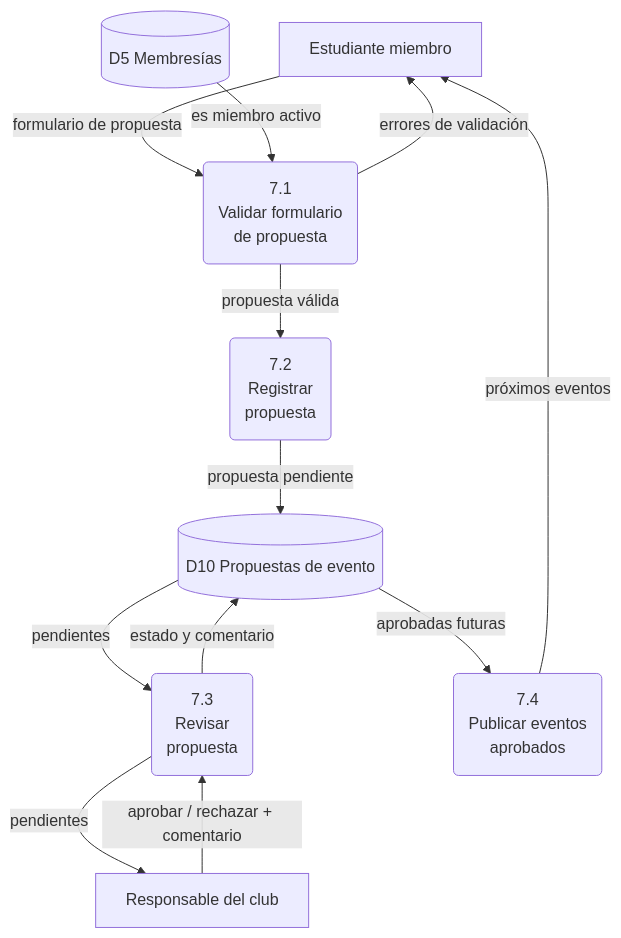
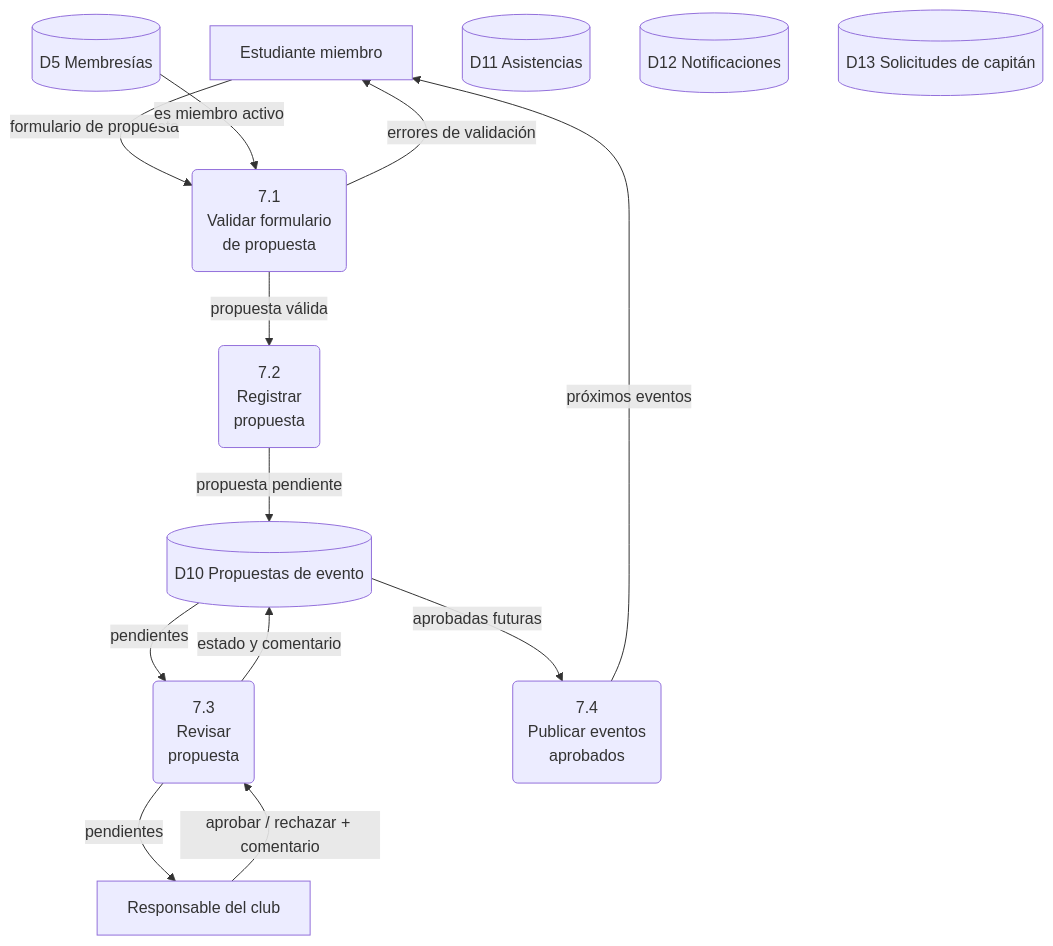
Before and after one commit to Lis-carl/Vortex_club-s: the fifth of 6 diagrams in docs/03_analisis_procesos.md, drawn with Mermaid. The commit also changed other lines of this file and 42 other files, not shown here.

````diff
--- a/docs/03_analisis_procesos.md
+++ b/docs/03_analisis_procesos.md
@@ -199,24 +218,27 @@
 ```mermaid
 flowchart TB
     EST[Estudiante miembro]
     RES[Responsable del club]
     D5[("D5 Membresías")]
     D10[("D10 Propuestas de evento")]
+    D11[("D11 Asistencias")]
+    D12[("D12 Notificaciones")]
+    D13[("D13 Solicitudes de capitán")]
 
     P71("7.1<br/>Validar formulario<br/>de propuesta")
     P72("7.2<br/>Registrar<br/>propuesta")
     P73("7.3<br/>Revisar<br/>propuesta")
     P74("7.4<br/>Publicar eventos<br/>aprobados")
 
     EST -- "formulario de propuesta" --> P71
     D5 -- "es miembro activo" --> P71
     P71 -- "errores de validación" --> EST
     P71 -- "propuesta válida" --> P72
     P72 -- "propuesta pendiente" --> D10
     D10 -- "pendientes" --> P73
     P73 -- "pendientes" --> RES
     RES -- "aprobar / rechazar + comentario" --> P73
     P73 -- "estado y comentario" --> D10
     D10 -- "aprobadas futuras" --> P74
     P74 -- "próximos eventos" --> EST
 ```
````
